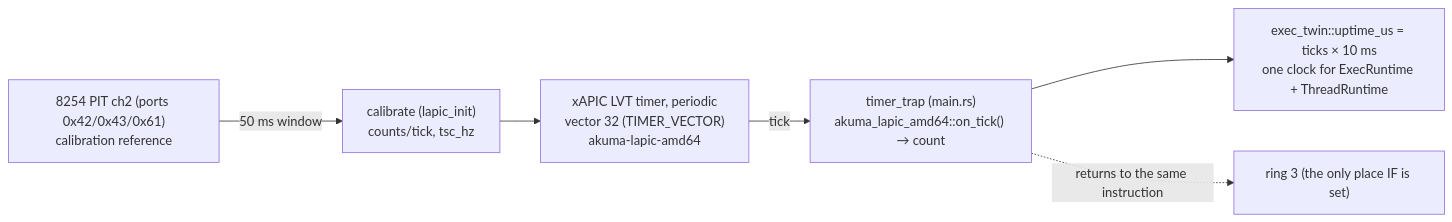
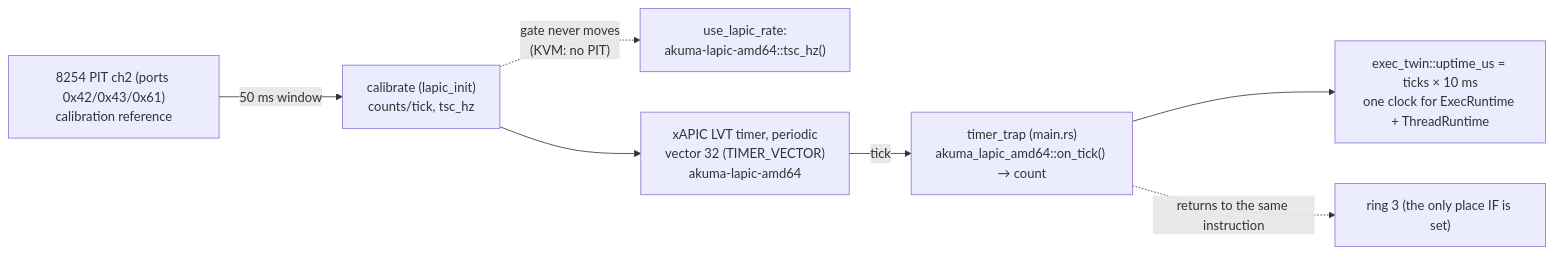
One commit to netoneko/akuma changed the diagram in taoxichuan/docs/diagrams/scheduling.md. Above: the diagram before and after it, drawn with Mermaid. The commit also changed 4 other files, not shown here.

````diff
--- a/taoxichuan/docs/diagrams/scheduling.md
+++ b/taoxichuan/docs/diagrams/scheduling.md
@@ -6,8 +6,9 @@
 ```mermaid
 flowchart LR
     PIT["8254 PIT ch2 (ports 0x42/0x43/0x61)<br/>calibration reference"] -->|50 ms window| CAL["calibrate (lapic_init)<br/>counts/tick, tsc_hz"]
+    CAL -.->|"gate never moves<br/>(KVM: no PIT)"| LAP["use_lapic_rate:<br/>akuma-lapic-amd64::tsc_hz()"]
     CAL --> LVT["xAPIC LVT timer, periodic<br/>vector 32 (TIMER_VECTOR)<br/>akuma-lapic-amd64"]
     LVT -->|tick| TT["timer_trap (main.rs)<br/>akuma_lapic_amd64::on_tick() → count"]
     TT --> CLK["exec_twin::uptime_us = ticks × 10 ms<br/>one clock for ExecRuntime + ThreadRuntime"]
     TT -.->|returns to the same instruction| R3["ring 3 (the only place IF is set)"]
 ```
````
